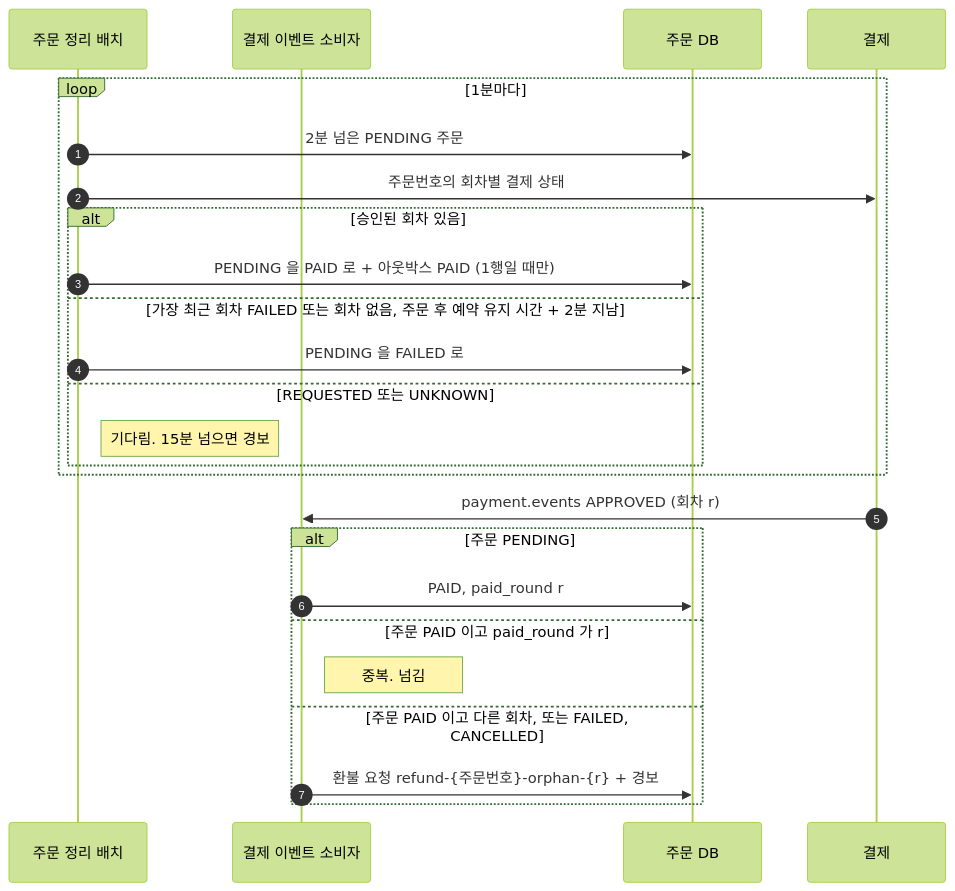
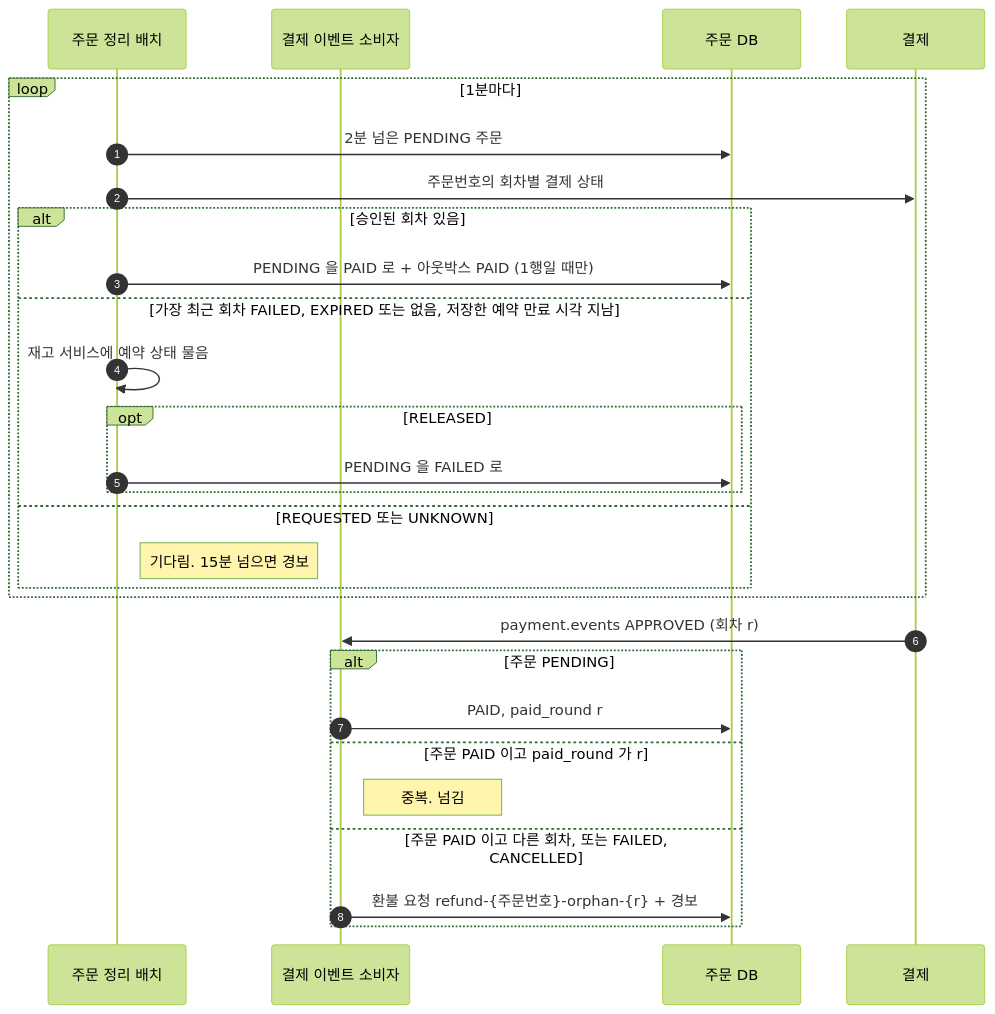
The sixth of 6 diagrams in docs/sequence/01-주문과-결제.md (Bamdule/dawn-delivery-commerce), drawn with Mermaid (forest theme) before and after one commit. The commit also changed other lines of this file and 16 other files, not shown here.

````diff
--- a/docs/sequence/01-주문과-결제.md
+++ b/docs/sequence/01-주문과-결제.md
@@ -210,29 +211,32 @@
 ```mermaid
 sequenceDiagram
     autonumber
     participant 정리배치 as 주문 정리 배치
     participant 소비자 as 결제 이벤트 소비자
     participant 주문 as 주문 DB
     participant 결제
 
     loop 1분마다
         정리배치->>주문: 2분 넘은 PENDING 주문
         정리배치->>결제: 주문번호의 회차별 결제 상태
         alt 승인된 회차 있음
             정리배치->>주문: PENDING 을 PAID 로 + 아웃박스 PAID (1행일 때만)
-        else 가장 최근 회차 FAILED 또는 회차 없음, 주문 후 예약 유지 시간 + 2분 지남
-            정리배치->>주문: PENDING 을 FAILED 로
+        else 가장 최근 회차 FAILED, EXPIRED 또는 없음, 저장한 예약 만료 시각 지남
+            정리배치->>정리배치: 재고 서비스에 예약 상태 물음
+            opt RELEASED
+                정리배치->>주문: PENDING 을 FAILED 로
+            end
         else REQUESTED 또는 UNKNOWN
             Note right of 정리배치: 기다림. 15분 넘으면 경보
         end
     end
 
     결제->>소비자: payment.events APPROVED (회차 r)
     alt 주문 PENDING
         소비자->>주문: PAID, paid_round r
     else 주문 PAID 이고 paid_round 가 r
         Note right of 소비자: 중복. 넘김
     else 주문 PAID 이고 다른 회차, 또는 FAILED, CANCELLED
         소비자->>주문: 환불 요청 refund-{주문번호}-orphan-{r} + 경보
     end
 ```
````
